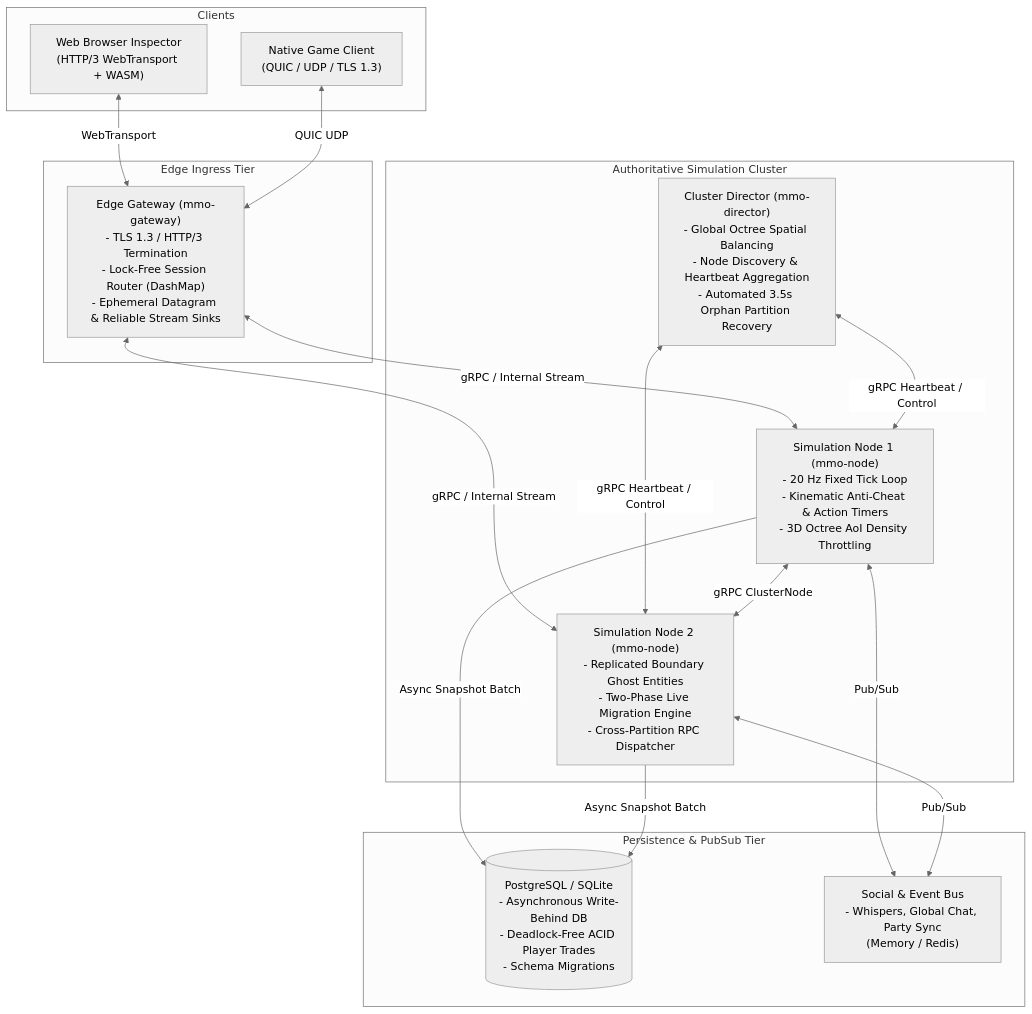
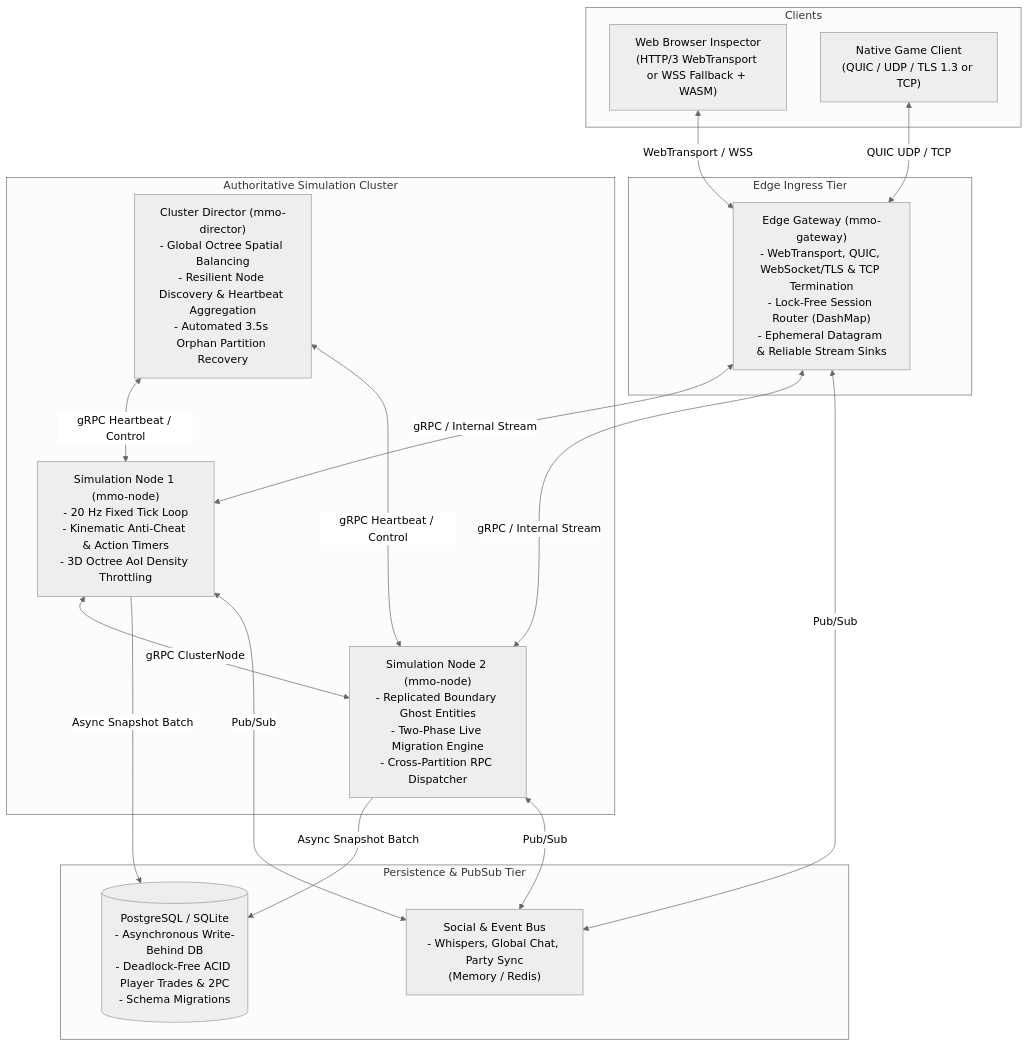
The first of 3 diagrams in ARCHITECTURE.md (Jakousa/rust-server), drawn with Mermaid (neutral theme) before and after one commit. The commit also changed other lines of this file and 44 other files, not shown here.

````diff
--- a/ARCHITECTURE.md
+++ b/ARCHITECTURE.md
@@ -11,36 +11,37 @@
 ```mermaid
 flowchart TD
     subgraph Clients["Clients"]
-        WCLIENT["Web Browser Inspector\n(HTTP/3 WebTransport + WASM)"]
-        NCLIENT["Native Game Client\n(QUIC / UDP / TLS 1.3)"]
+        WCLIENT["Web Browser Inspector\n(HTTP/3 WebTransport or WSS Fallback + WASM)"]
+        NCLIENT["Native Game Client\n(QUIC / UDP / TLS 1.3 or TCP)"]
     end
 
     subgraph EdgeTier["Edge Ingress Tier"]
-        GW["Edge Gateway (mmo-gateway)\n- TLS 1.3 / HTTP/3 Termination\n- Lock-Free Session Router (DashMap)\n- Ephemeral Datagram & Reliable Stream Sinks"]
+        GW["Edge Gateway (mmo-gateway)\n- WebTransport, QUIC, WebSocket/TLS & TCP Termination\n- Lock-Free Session Router (DashMap)\n- Ephemeral Datagram & Reliable Stream Sinks"]
     end
 
     subgraph SimTier["Authoritative Simulation Cluster"]
-        DIR["Cluster Director (mmo-director)\n- Global Octree Spatial Balancing\n- Node Discovery & Heartbeat Aggregation\n- Automated 3.5s Orphan Partition Recovery"]
+        DIR["Cluster Director (mmo-director)\n- Global Octree Spatial Balancing\n- Resilient Node Discovery & Heartbeat Aggregation\n- Automated 3.5s Orphan Partition Recovery"]
         
         N1["Simulation Node 1 (mmo-node)\n- 20 Hz Fixed Tick Loop\n- Kinematic Anti-Cheat & Action Timers\n- 3D Octree AoI Density Throttling"]
         
         N2["Simulation Node 2 (mmo-node)\n- Replicated Boundary Ghost Entities\n- Two-Phase Live Migration Engine\n- Cross-Partition RPC Dispatcher"]
     end
 
     subgraph StorageTier["Persistence & PubSub Tier"]
-        PG[("PostgreSQL / SQLite\n- Asynchronous Write-Behind DB\n- Deadlock-Free ACID Player Trades\n- Schema Migrations")]
+        PG[("PostgreSQL / SQLite\n- Asynchronous Write-Behind DB\n- Deadlock-Free ACID Player Trades & 2PC\n- Schema Migrations")]
         BUS["Social & Event Bus\n- Whispers, Global Chat, Party Sync\n(Memory / Redis)"]
     end
 
-    WCLIENT <-->|WebTransport| GW
-    NCLIENT <-->|QUIC UDP| GW
+    WCLIENT <-->|WebTransport / WSS| GW
+    NCLIENT <-->|QUIC UDP / TCP| GW
     GW <-->|gRPC / Internal Stream| N1
     GW <-->|gRPC / Internal Stream| N2
     DIR <-->|gRPC Heartbeat / Control| N1
     DIR <-->|gRPC Heartbeat / Control| N2
     N1 <-->|gRPC ClusterNode| N2
     N1 -->|Async Snapshot Batch| PG
     N2 -->|Async Snapshot Batch| PG
+    GW <-->|Pub/Sub| BUS
     N1 <-->|Pub/Sub| BUS
     N2 <-->|Pub/Sub| BUS
 ```
````
